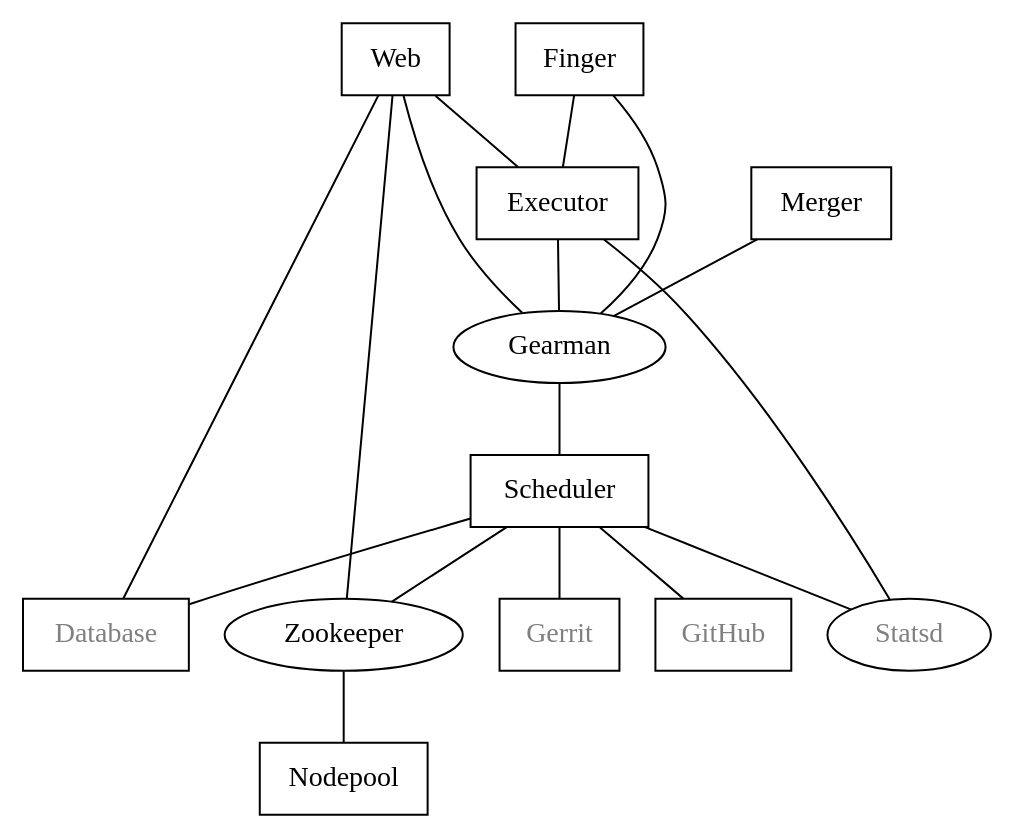
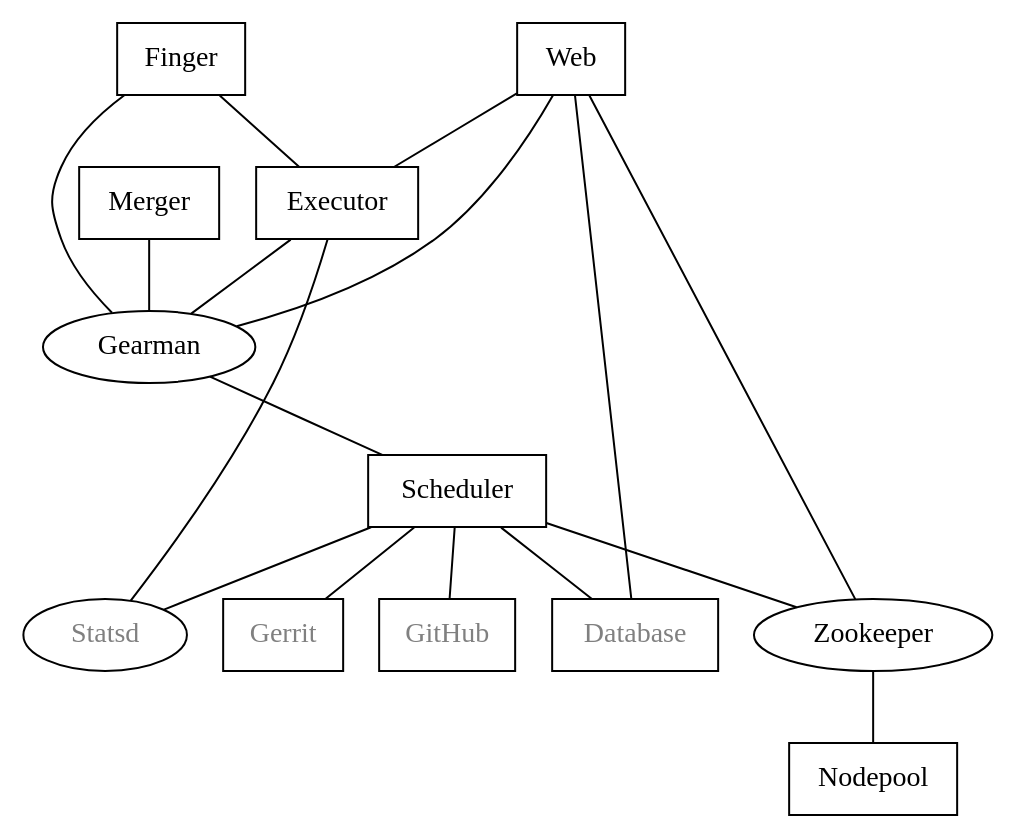
Before and after one commit to wikimedia/integration-zuul: the diagram in doc/source/discussion/components.rst, drawn with Graphviz. The commit also changed other lines of this file, not shown here.

```diff
--- a/doc/source/discussion/components.rst
+++ b/doc/source/discussion/components.rst
@@ -11,31 +19,36 @@
 .. graphviz::
    :align: center
 
    graph  {
       node [shape=box]
       Database [fontcolor=grey]
+      Executor [href="#executor"]
+      Finger [href="#finger-gateway"]
       Gearman [shape=ellipse]
       Gerrit [fontcolor=grey]
+      Merger [href="#merger"]
       Statsd [shape=ellipse fontcolor=grey]
+      Scheduler [href="#scheduler"]
       Zookeeper [shape=ellipse]
       Nodepool
       GitHub [fontcolor=grey]
+      Web [href="#web-server"]
 
       Merger -- Gearman
       Executor -- Gearman
       Executor -- Statsd
       Web -- Database
       Web -- Gearman
       Web -- Zookeeper
       Web -- Executor
       Finger -- Gearman
       Finger -- Executor
 
       Gearman -- Scheduler;
       Scheduler -- Database;
       Scheduler -- Gerrit;
       Scheduler -- Zookeeper;
       Zookeeper -- Nodepool;
       Scheduler -- GitHub;
       Scheduler -- Statsd;
    }
```
